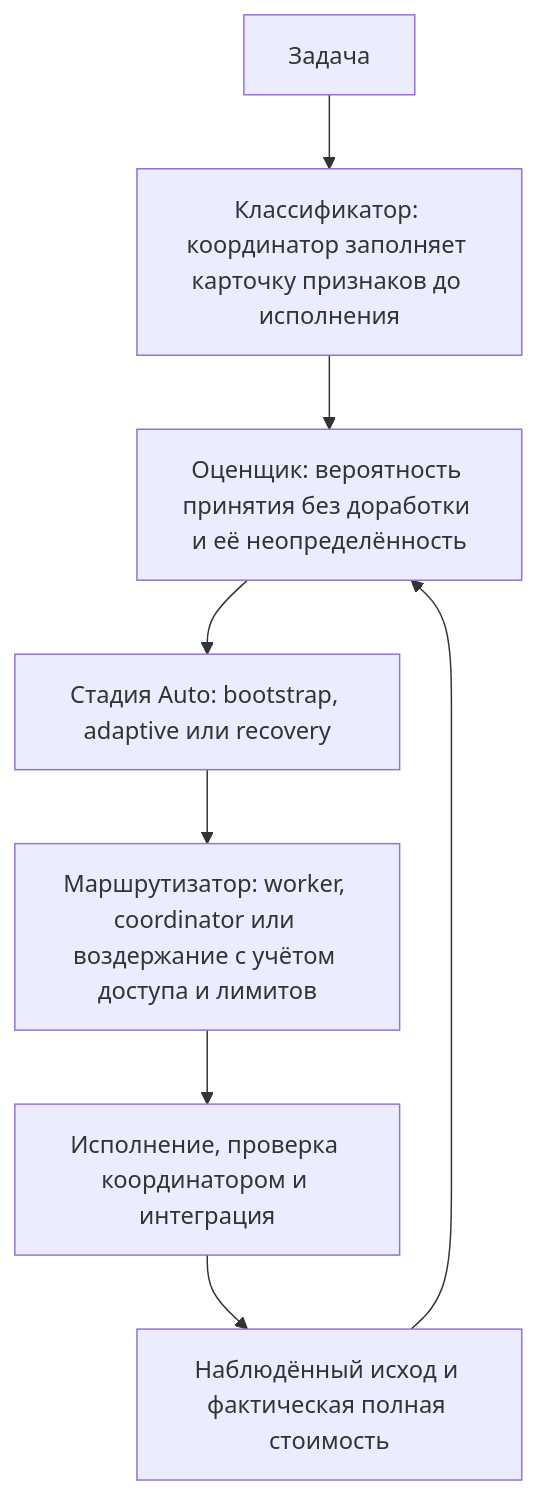
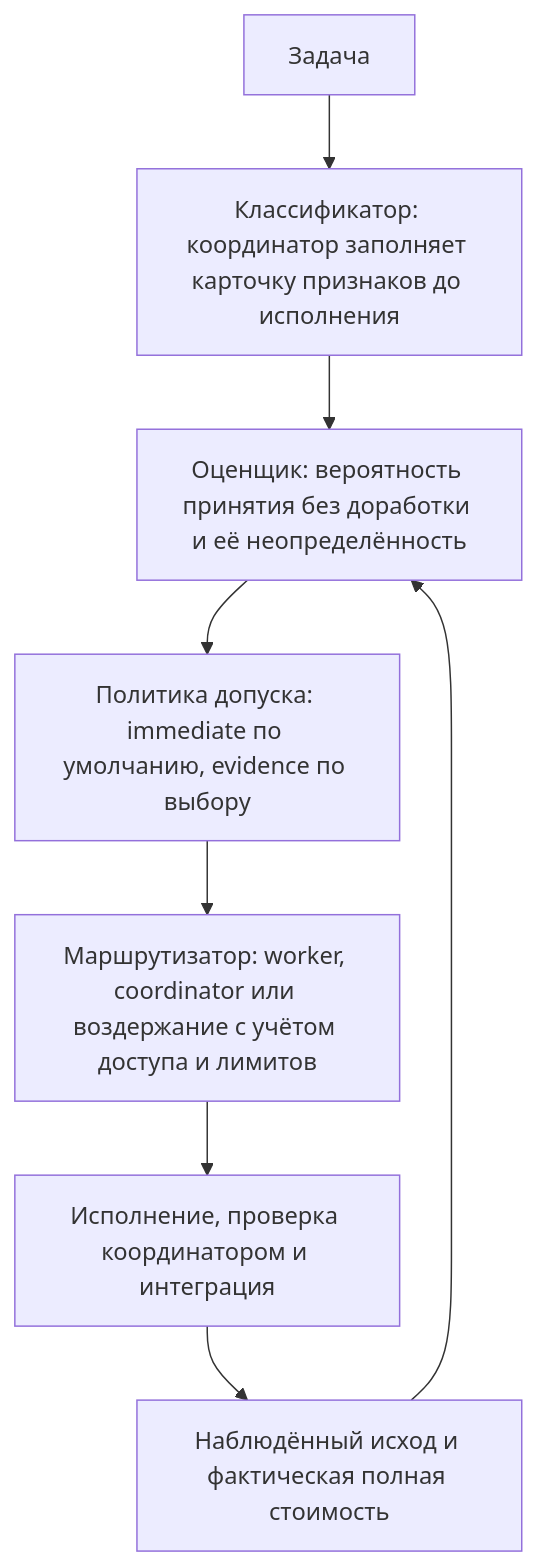
Before and after one commit to kirill31337/deepseek-team: the diagram in docs/ROUTING.ru.md, drawn with Mermaid. The commit also changed other lines of this file and 30 other files, not shown here.

````diff
--- a/docs/ROUTING.ru.md
+++ b/docs/ROUTING.ru.md
@@ -16,10 +16,10 @@
 ```mermaid
 flowchart TD
     T[Задача] --> C["Классификатор: координатор заполняет карточку признаков до исполнения"]
     C --> E["Оценщик: вероятность принятия без доработки и её неопределённость"]
-    E --> S["Стадия Auto: bootstrap, adaptive или recovery"]
+    E --> S["Политика допуска: immediate по умолчанию, evidence по выбору"]
     S --> R["Маршрутизатор: worker, coordinator или воздержание с учётом доступа и лимитов"]
     R --> X["Исполнение, проверка координатором и интеграция"]
     X --> O["Наблюдённый исход и фактическая полная стоимость"]
     O --> E
 ```
````
